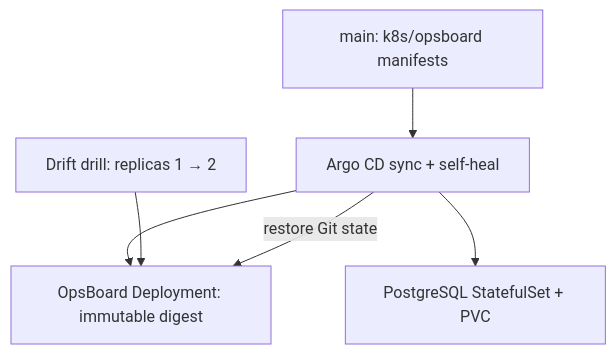
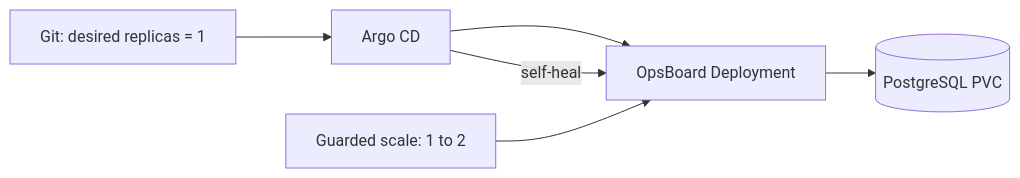
One commit to Mishkaaass/ci-cd-lab changed the third of 3 diagrams in README.md. Above: the diagram before and after it, drawn with Mermaid. The commit also changed other lines of this file and 9 other files, not shown here.

````diff
--- a/README.md
+++ b/README.md
@@ -89,8 +76,8 @@
 ```mermaid
-flowchart TB
-  Git["main: k8s/opsboard manifests"] --> Argo["Argo CD sync + self-heal"]
-  Argo --> Deploy["OpsBoard Deployment: immutable digest"]
-  Argo --> PVC["PostgreSQL StatefulSet + PVC"]
-  Drift["Drift drill: replicas 1 → 2"] --> Deploy
-  Argo -->|restore Git state| Deploy
+flowchart LR
+  Git[Git: desired replicas = 1] --> Argo[Argo CD]
+  Argo --> Cluster[OpsBoard Deployment]
+  Drift[Guarded scale: 1 to 2] --> Cluster
+  Argo -->|self-heal| Cluster
+  Cluster --> DB[(PostgreSQL PVC)]
 ```
````
